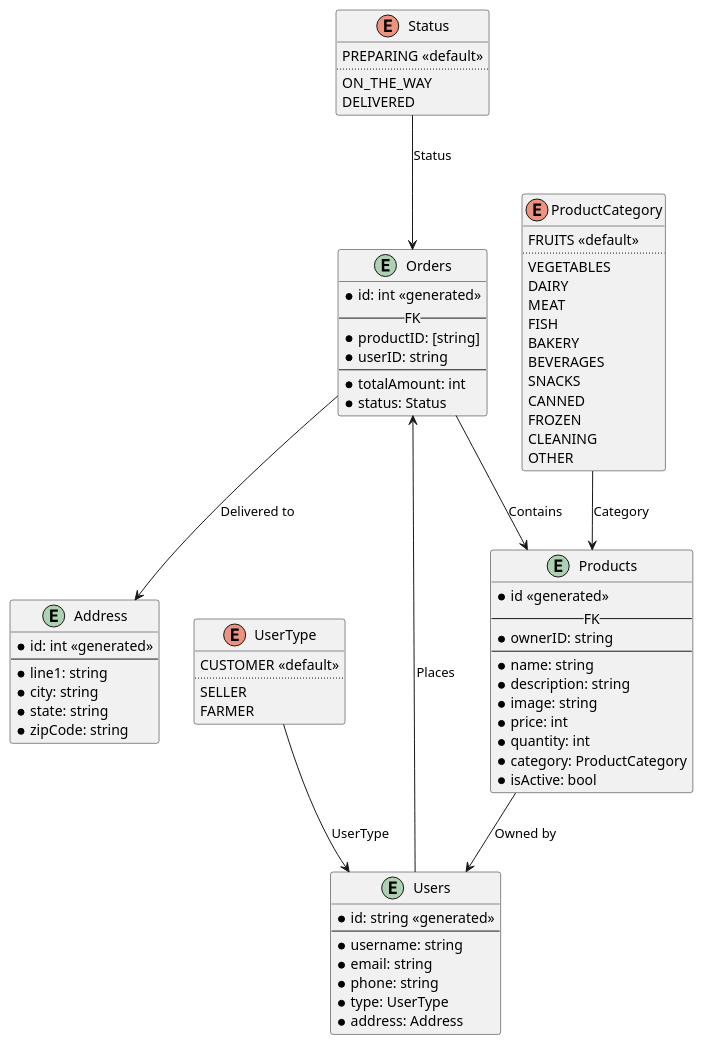
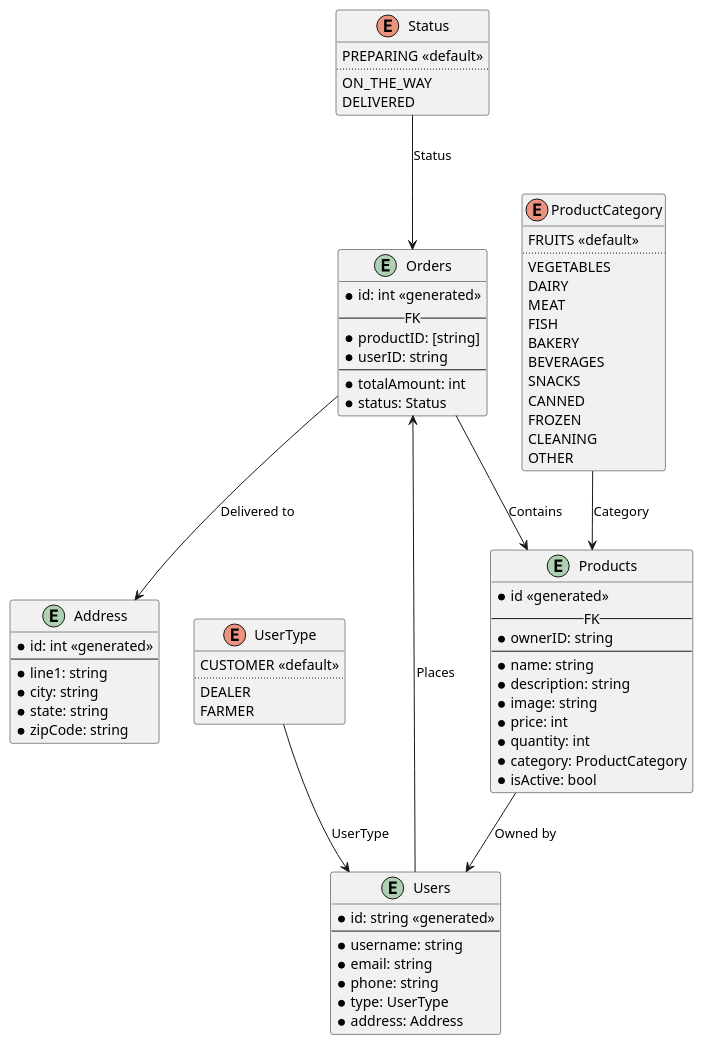
The diagram in db.puml (pawarherschel/major-project-docs), drawn with PlantUML before and after one commit. The commit also changed 11 other files, not shown here.

```diff
--- a/db.puml
+++ b/db.puml
@@ -1,85 +1,85 @@
 @startuml db
 
 enum Status {
   PREPARING <<default>>
   ..
   ON_THE_WAY
   DELIVERED
 }
 
 enum UserType {
   CUSTOMER <<default>>
   ..
-  SELLER
+  DEALER
   FARMER
 }
 
 enum ProductCategory {
   FRUITS <<default>>
   ..
   VEGETABLES
   DAIRY
   MEAT
   FISH
   BAKERY
   BEVERAGES
   SNACKS
   CANNED
   FROZEN
   CLEANING
   OTHER
 }
 
 entity Orders {
   * id: int <<generated>>
   -- FK --
   * productID: [string]
   * userID: string
   --
   * totalAmount: int
   * status: Status
 }
 
 entity Address {
   * id: int <<generated>>
   --
   * line1: string
   * city: string
   * state: string
   * zipCode: string
 }
 
 entity Users {
   * id: string <<generated>>
   --
   * username: string
   * email: string
   * phone: string
   * type: UserType
   * address: Address
 }
 
 entity Products {
   * id <<generated>>
   -- FK --
   * ownerID: string
   --
   * name: string
   * description: string
   * image: string
   * price: int
   * quantity: int
   * category: ProductCategory
   * isActive: bool
 }
 
 Users --> Orders : Places
 Orders --> Products : Contains
 Products --> Users : Owned by
 Orders --> Address : Delivered to
 
 Status --> Orders : Status
 UserType --> Users : UserType
 ProductCategory --> Products : Category
 
 @enduml
```
